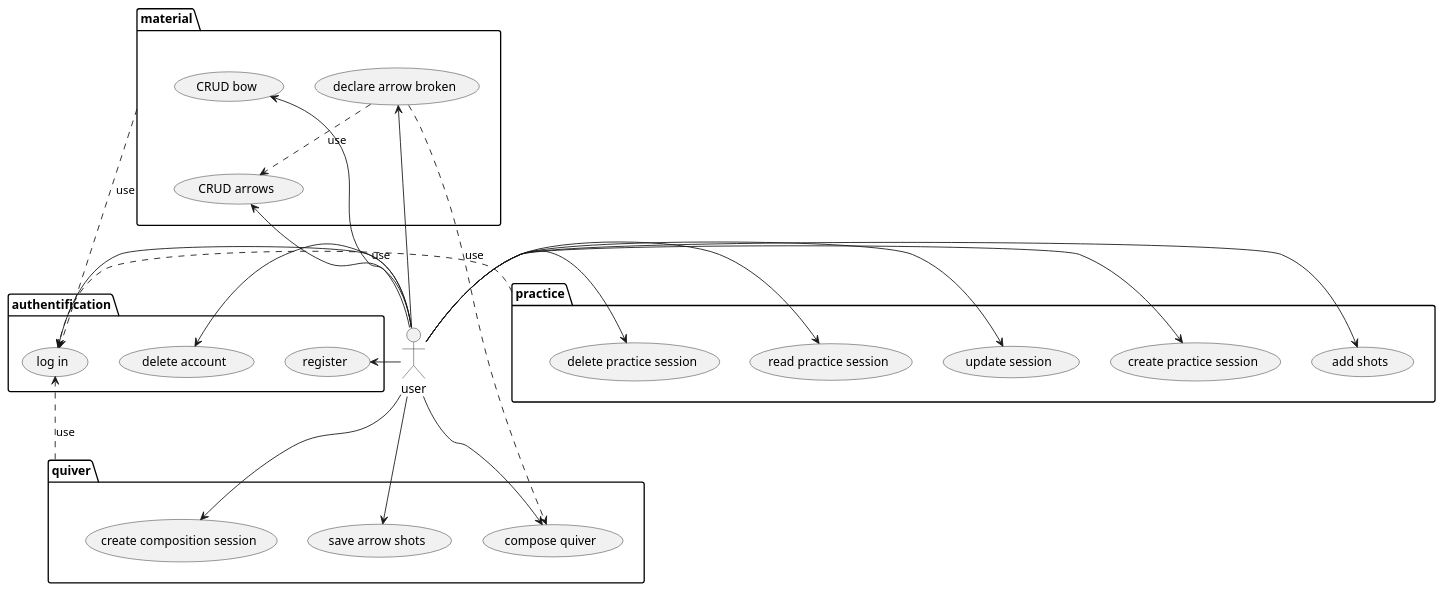
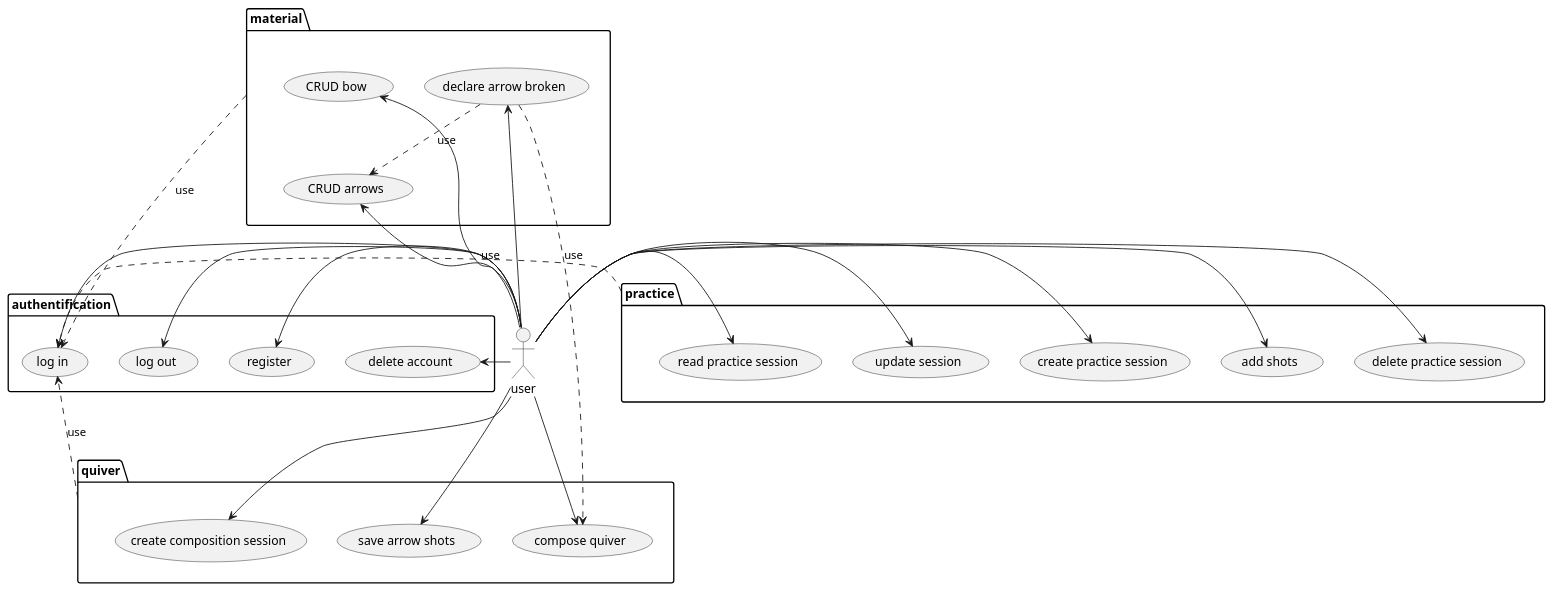
The diagram in docs/diagrams/use_cases.puml (remace/OC-P13_Archery_Buddy), drawn with PlantUML before and after one commit.

Commit message:
📝 added logout use case in diagram

```diff
--- a/docs/diagrams/use_cases.puml
+++ b/docs/diagrams/use_cases.puml
@@ -1,59 +1,61 @@
 @startuml usecases
 
 left to right direction
 
 actor user as u
 left to right direction
 package material {
     top to bottom direction
     usecase "CRUD bow" as bow
     usecase "CRUD arrows" as arrows
     usecase "declare arrow broken" as declare_broken
 }
 package practice {
     top to bottom direction
     usecase "create practice session" as create_session
     usecase "update session" as update_session
     usecase "read practice session" as read_session
     usecase "delete practice session" as delete_session
     usecase "add shots" as add_shots
 }
 
 package quiver{
     top to bottom direction
     usecase "compose quiver" as compose_quiver
     usecase "create composition session" as compose_session
     usecase "save arrow shots" as save_composition_shots
 }
 
 package authentification{
     top to bottom direction
     usecase "register" as register
     usecase "log in" as login
+    usecase "log out" as logout
     usecase "delete account" as unsubscribe
 }
 
 
 
 u -left-> register
 u -left-> login
+u -left-> logout
 u -left-> unsubscribe
 u -up-> bow
 u -up-> arrows
 u -up-> declare_broken
 u -right-> create_session
 u -right-> update_session
 u -right-> read_session
 u -right-> delete_session
 u -right-> add_shots
 u -down-> compose_quiver
 u -down-> compose_session
 u -down-> save_composition_shots
 
 declare_broken ..> arrows : use
 declare_broken ..> compose_quiver : use
 practice ..> login : use
 quiver ..> login : use
 material ..> login : use
 
 @enduml
```
